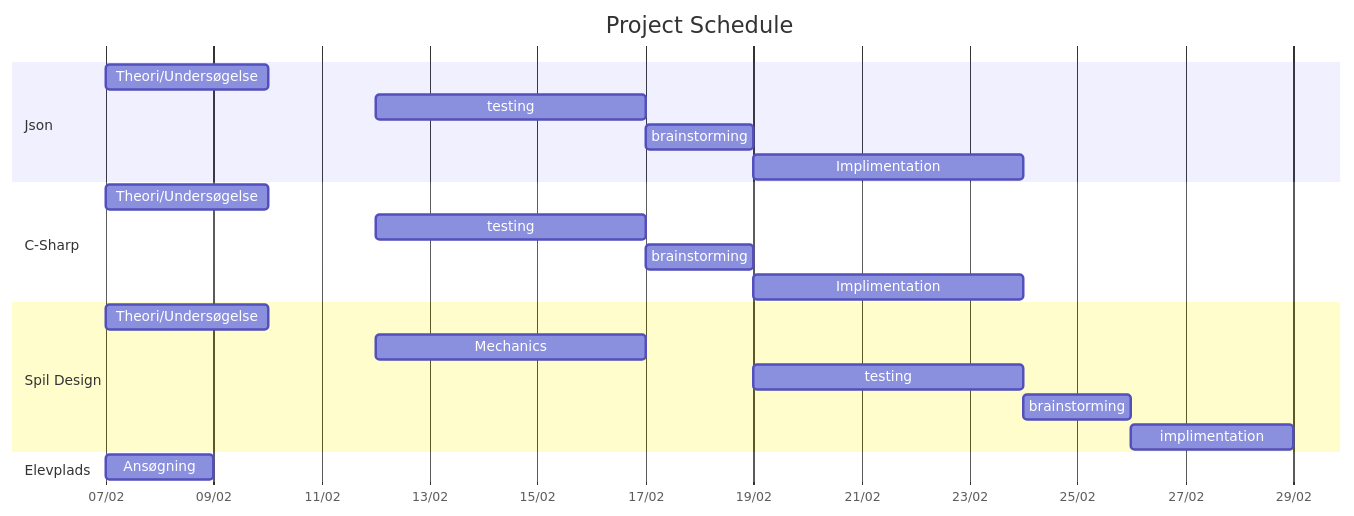
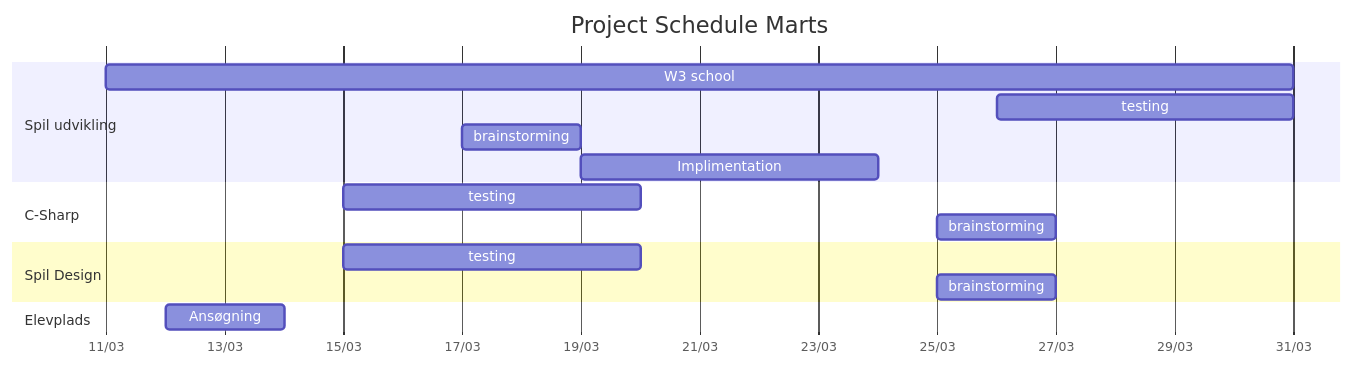
One commit to Napow-git/TEC-P1 changed the diagram in README.md. Above: the diagram before and after it, drawn with Mermaid.

````diff
--- a/README.md
+++ b/README.md
@@ -3,52 +3,43 @@
 ```mermaid
 
 gantt
 
-    title Project Schedule
+    title Project Schedule Marts
 
     dateFormat DD-MM-YYYY
 
     axisFormat %d/%m
 
 
 
-    section Json
+    section Spil udvikling
 
-    Theori/Undersøgelse: 07-02-2024, 3d
+    W3 school: 11-03-2024, 20d
 
-    testing: 12-02-2024, 5d
+    testing: 26-03-2024, 5d
 
-    brainstorming: 17-02-2024, 2d
+    brainstorming: 17-03-2024, 2d
 
-    Implimentation: 19-02-2024, 5d
+    Implimentation: 19-03-2024, 5d
 
     
 
     section C-Sharp
 
-    Theori/Undersøgelse: 07-02-2024, 3d
+    testing: 15-03-2024, 5d
 
-    testing: 12-02-2024, 5d
-
-    brainstorming: 17-02-2024, 2d
-
-    Implimentation: 19-02-2024, 5d
+    brainstorming: 25-03-2024, 2d
 
 
     section Spil Design
 
-    Theori/Undersøgelse: 07-02-2024, 3d
+    testing: 15-03-2024, 5d
 
-    Mechanics: 12-02-2024, 5d
+    brainstorming: 25-03-2024, 2d
 
-    testing: 19-02-2024, 5d
-
-    brainstorming: 24-02-2024, 2d
-
-    implimentation: 26-02-2024, 3d
 
     section Elevplads
 
-    Ansøgning : 07-02-2024, 2d
+    Ansøgning : 12-03-2024, 2d
 
 ```
````
